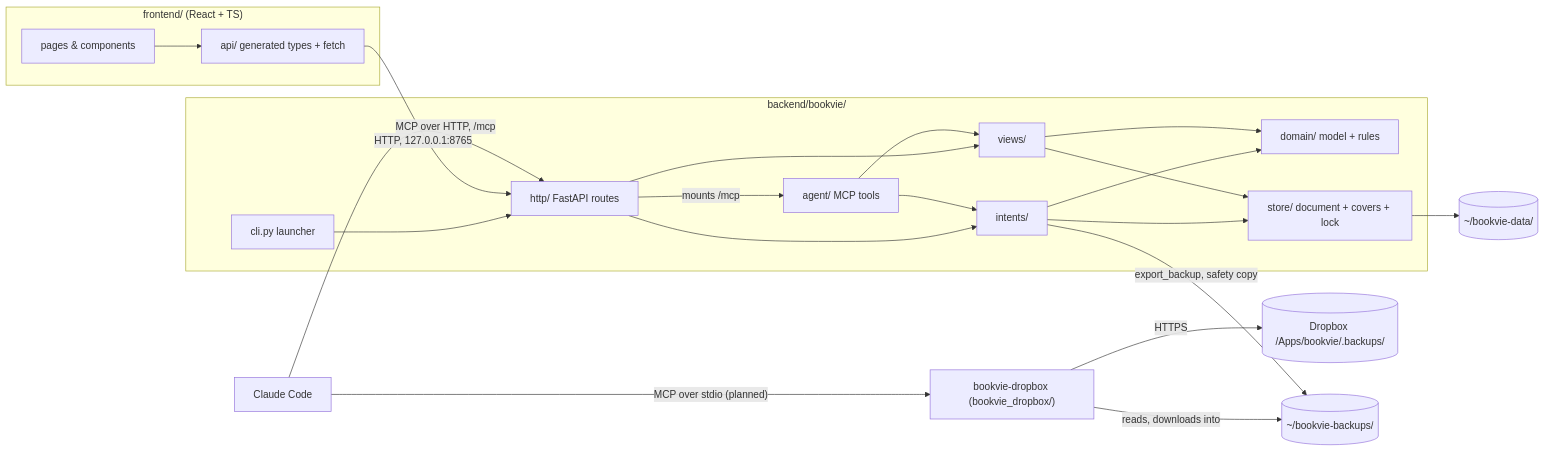
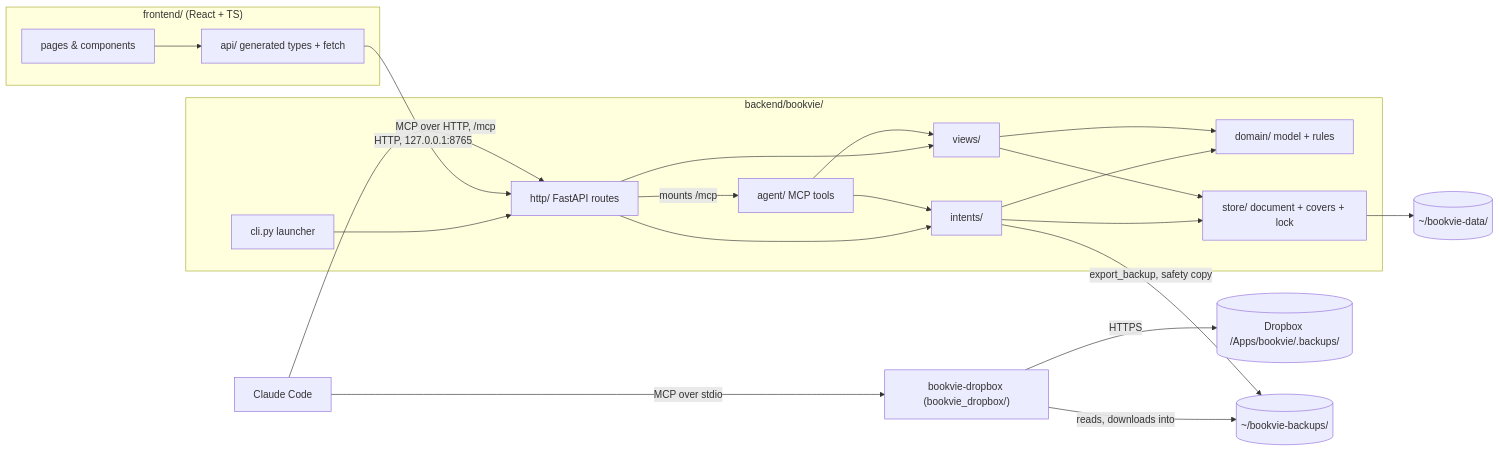
One commit to olegood/bookvie changed the first of 3 diagrams in _bmad-output/planning-artifacts/architecture/architecture-bookvie-2026-10-29/ARCHITECTURE-SPINE.md. Above: the diagram before and after it, drawn with Mermaid. The commit also changed other lines of this file and 11 other files, not shown here.

````diff
--- a/_bmad-output/planning-artifacts/architecture/architecture-bookvie-2026-10-29/ARCHITECTURE-SPINE.md
+++ b/_bmad-output/planning-artifacts/architecture/architecture-bookvie-2026-10-29/ARCHITECTURE-SPINE.md
@@ -31,25 +31,25 @@
 ```mermaid
 flowchart LR
   subgraph client["frontend/ (React + TS)"]
     UI[pages & components] --> API[api/ generated types + fetch]
   end
   subgraph server["backend/bookvie/"]
     HTTP[http/ FastAPI routes] --> INT[intents/]
     HTTP --> VIEWS[views/]
     INT --> DOM[domain/ model + rules]
     VIEWS --> DOM
     INT --> STORE[store/ document + covers + lock]
     VIEWS --> STORE
     CLI[cli.py launcher] --> HTTP
     HTTP -- "mounts /mcp" --> AGT[agent/ MCP tools]
     AGT --> INT
     AGT --> VIEWS
   end
   API -- "HTTP, 127.0.0.1:8765" --> HTTP
   CC[Claude Code] -- "MCP over HTTP, /mcp" --> HTTP
-  CC -- "MCP over stdio (planned)" --> DBX["bookvie-dropbox (bookvie_dropbox/)"]
+  CC -- "MCP over stdio" --> DBX["bookvie-dropbox (bookvie_dropbox/)"]
   DBX -- "HTTPS" --> DROP[("Dropbox /Apps/bookvie/.backups/")]
   DBX -- "reads, downloads into" --> BK[("~/bookvie-backups/")]
   INT -- "export_backup, safety copy" --> BK
   STORE --> FS[("~/bookvie-data/")]
 ```
````
